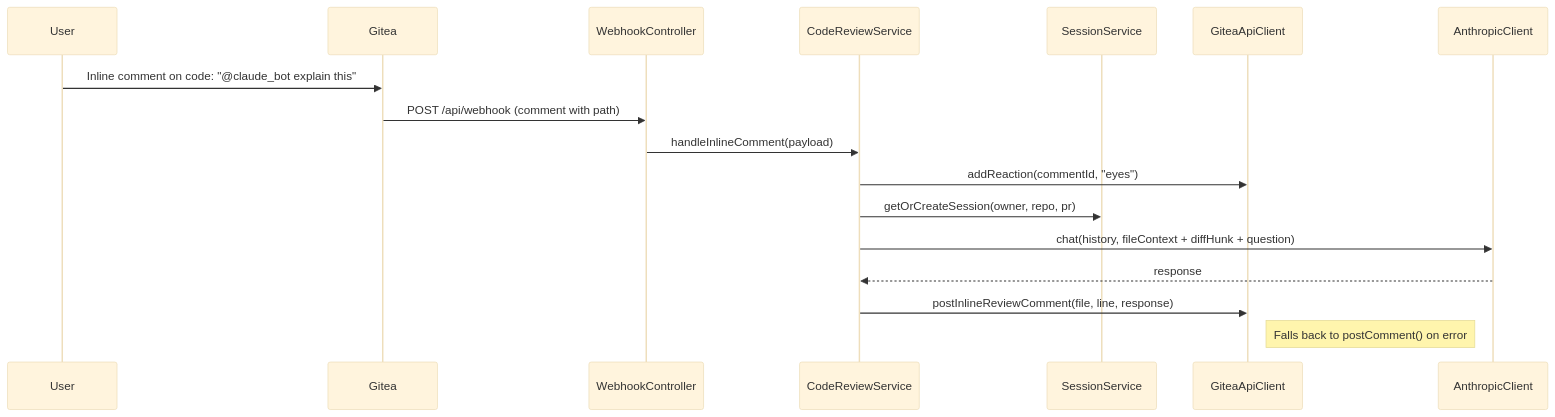
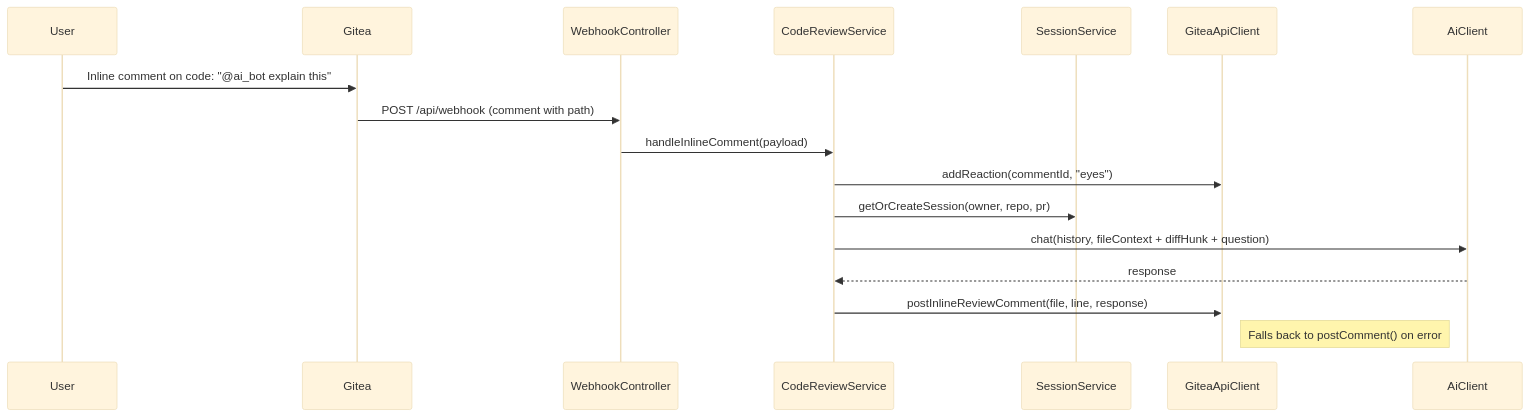
One commit to tmseidel/ai-gitea-bot changed the sixth of 12 diagrams in doc/ARCHITECTURE.md. Above: the diagram before and after it, drawn with Mermaid (base theme). The commit also changed other lines of this file and 11 other files, not shown here.

````diff
--- a/doc/ARCHITECTURE.md
+++ b/doc/ARCHITECTURE.md
@@ -262,20 +324,20 @@
 ```mermaid
 sequenceDiagram
     participant User
     participant Gitea
     participant Controller as WebhookController
     participant Review as CodeReviewService
     participant Session as SessionService
     participant GiteaAPI as GiteaApiClient
-    participant Claude as AnthropicClient
+    participant AI as AiClient
 
-    User->>Gitea: Inline comment on code: "@claude_bot explain this"
+    User->>Gitea: Inline comment on code: "@ai_bot explain this"
     Gitea->>Controller: POST /api/webhook (comment with path)
     Controller->>Review: handleInlineComment(payload)
     Review->>GiteaAPI: addReaction(commentId, "eyes")
     Review->>Session: getOrCreateSession(owner, repo, pr)
-    Review->>Claude: chat(history, fileContext + diffHunk + question)
-    Claude-->>Review: response
+    Review->>AI: chat(history, fileContext + diffHunk + question)
+    AI-->>Review: response
     Review->>GiteaAPI: postInlineReviewComment(file, line, response)
     Note right of GiteaAPI: Falls back to postComment() on error
 ```
````
